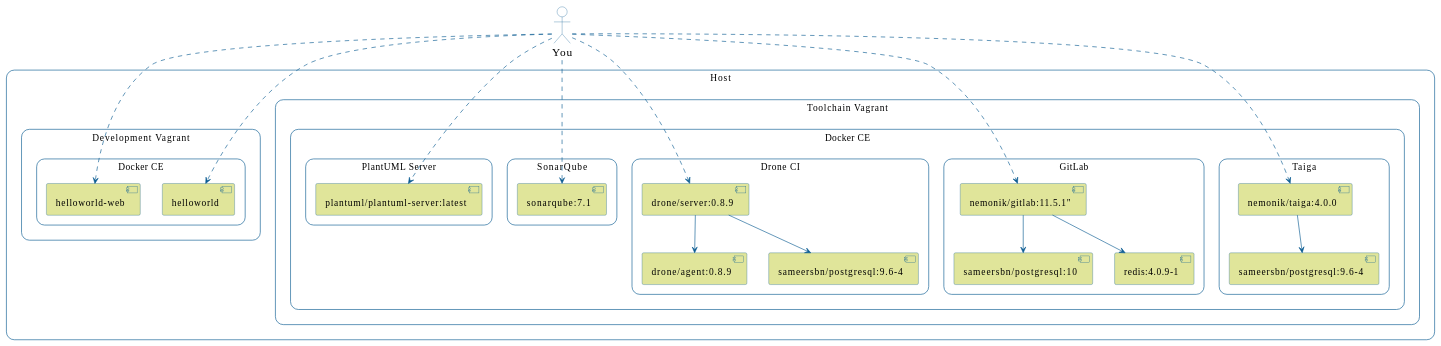
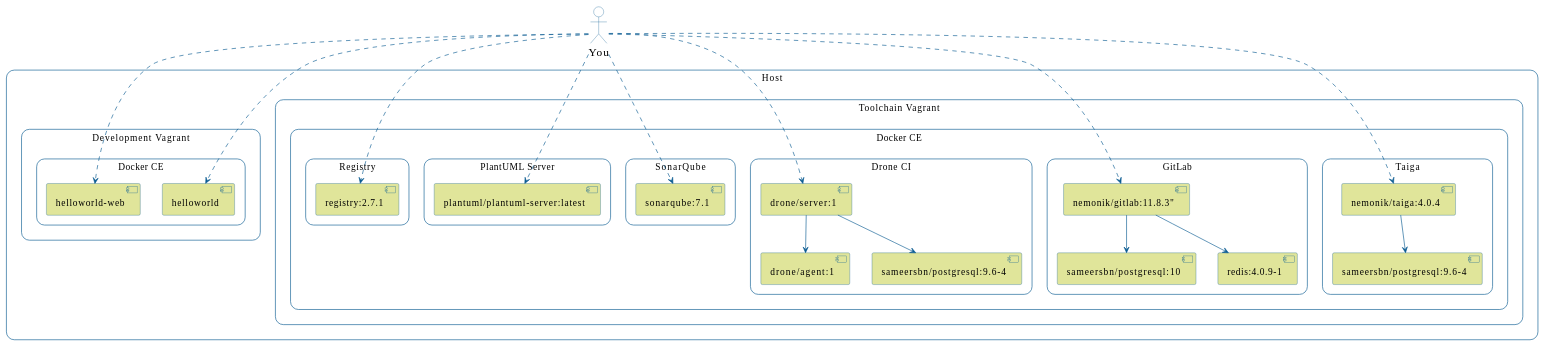
Before and after one commit to nemonik/hands-on-DevOps: the first of 31 diagrams in README.MD, drawn with PlantUML. The commit also changed other lines of this file and 43 other files, not shown here.

```diff
--- a/README.MD
+++ b/README.MD
@@ -580,19 +590,19 @@
 
 		rectangle "Docker CE" as docker1 {
 			rectangle "Taiga" {
-				component "nemonik/taiga:4.0.0" as taiga
+				component "nemonik/taiga:4.0.4" as taiga
         component "sameersbn/postgresql:9.6-4" as taiga_postgresql
 			}
 
 			rectangle "GitLab" {
-				component "nemonik/gitlab:11.5.1"" as gitlab
+				component "nemonik/gitlab:11.8.3"" as gitlab
         component "sameersbn/postgresql:10" as gitlab_postgresql
         component "redis:4.0.9-1" as gitlab_redis
 			}
 
 			rectangle "Drone CI" {
-        component "drone/server:0.8.9" as drone_server
-        component "drone/agent:0.8.9" as drone_agent
+        component "drone/server:1" as drone_server
+        component "drone/agent:1" as drone_agent
         component "sameersbn/postgresql:9.6-4" as drone_postgresql
 			}
 
@@ -603,6 +613,10 @@
 			rectangle "PlantUML Server" {
 				component "plantuml/plantuml-server:latest" as plantuml_server
 			}
+
+			rectangle "Registry" {
+				component "registry:2.7.1" as registry
+			}      
     }
 	}
 
@@ -627,6 +641,7 @@
 you .[#0B5C92].> taiga
 you .[#0B5C92].> plantuml_server
 you .[#0B5C92].> drone_server
+you .[#0B5C92].> registry
 
 you .[#0B5C92].> helloworld
 you .[#0B5C92].> helloworld_web
```
